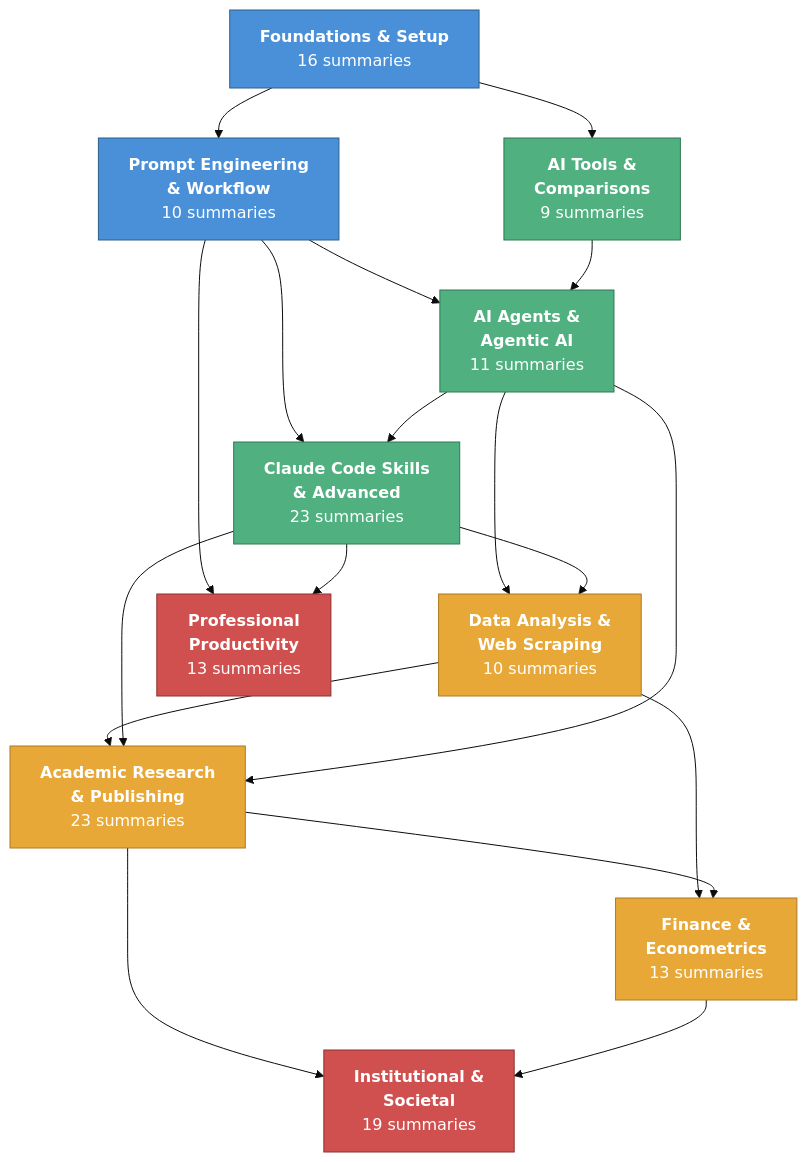
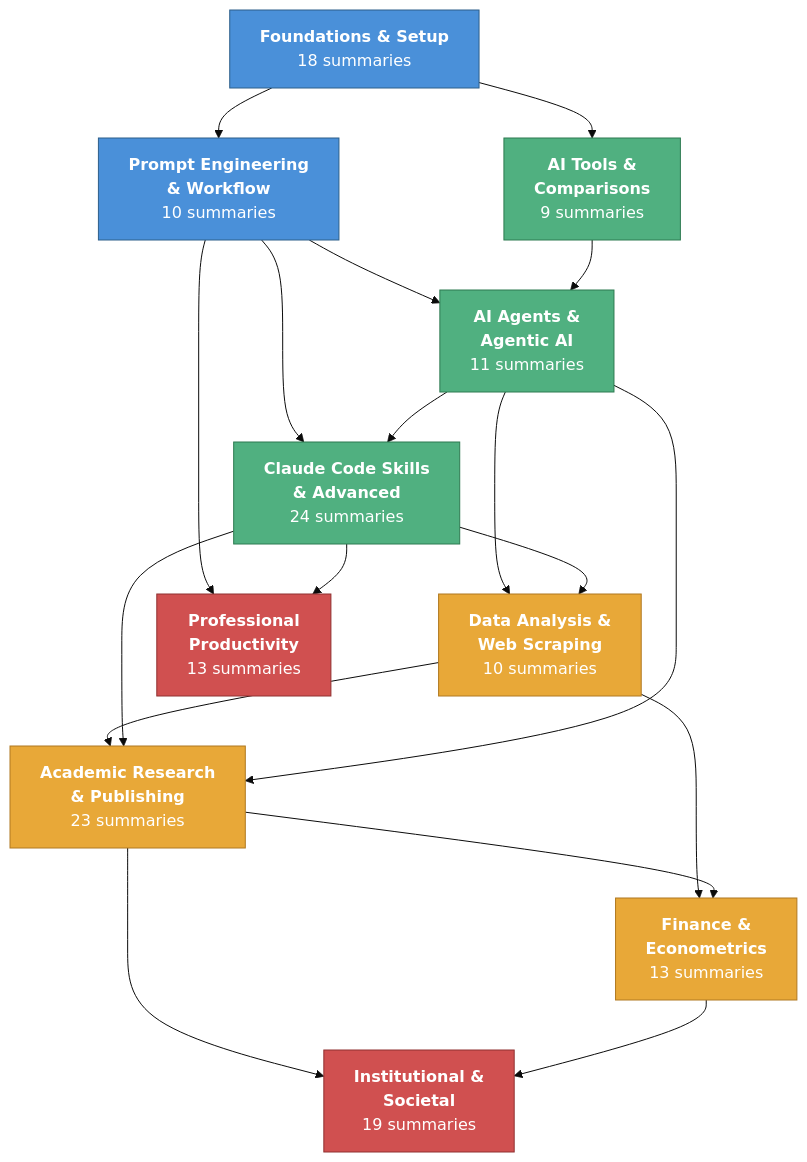
Before and after one commit to velikov-mihail/ai-econ-wiki: the diagram in wiki/visualizations/category-map.md, drawn with Mermaid (base theme). The commit also changed 6 other files, not shown here.

````diff
--- a/wiki/visualizations/category-map.md
+++ b/wiki/visualizations/category-map.md
@@ -11,49 +11,49 @@
 ```mermaid
 graph TD
-    FS["<b>Foundations & Setup</b><br/>16 summaries"]
+    FS["<b>Foundations & Setup</b><br/>18 summaries"]
     PE["<b>Prompt Engineering<br/>& Workflow</b><br/>10 summaries"]
     AG["<b>AI Agents &<br/>Agentic AI</b><br/>11 summaries"]
-    CS["<b>Claude Code Skills<br/>& Advanced</b><br/>23 summaries"]
+    CS["<b>Claude Code Skills<br/>& Advanced</b><br/>24 summaries"]
     DA["<b>Data Analysis &<br/>Web Scraping</b><br/>10 summaries"]
     AR["<b>Academic Research<br/>& Publishing</b><br/>23 summaries"]
     FE["<b>Finance &<br/>Econometrics</b><br/>13 summaries"]
     AT["<b>AI Tools &<br/>Comparisons</b><br/>9 summaries"]
     IS["<b>Institutional &<br/>Societal</b><br/>19 summaries"]
     PP["<b>Professional<br/>Productivity</b><br/>13 summaries"]
 
     %% Foundational layer
     FS --> PE
     FS --> AT
     PE --> AG
     PE --> CS
 
     %% Technical layer
     AG --> CS
     AG --> DA
     CS --> DA
     AT --> AG
 
     %% Applied layer
     DA --> AR
     DA --> FE
     AR --> FE
     CS --> AR
     AG --> AR
 
     %% Productivity & big picture
     PE --> PP
     CS --> PP
     AR --> IS
     FE --> IS
 
     %% Styling
     classDef foundation fill:#4a90d9,stroke:#2c5f8a,color:#fff
     classDef technical fill:#50b080,stroke:#2d7a50,color:#fff
     classDef applied fill:#e8a838,stroke:#b07820,color:#fff
     classDef bigpicture fill:#d05050,stroke:#903030,color:#fff
 
     class FS,PE foundation
     class AG,CS,AT technical
     class DA,AR,FE applied
     class IS,PP bigpicture
 ```
````
